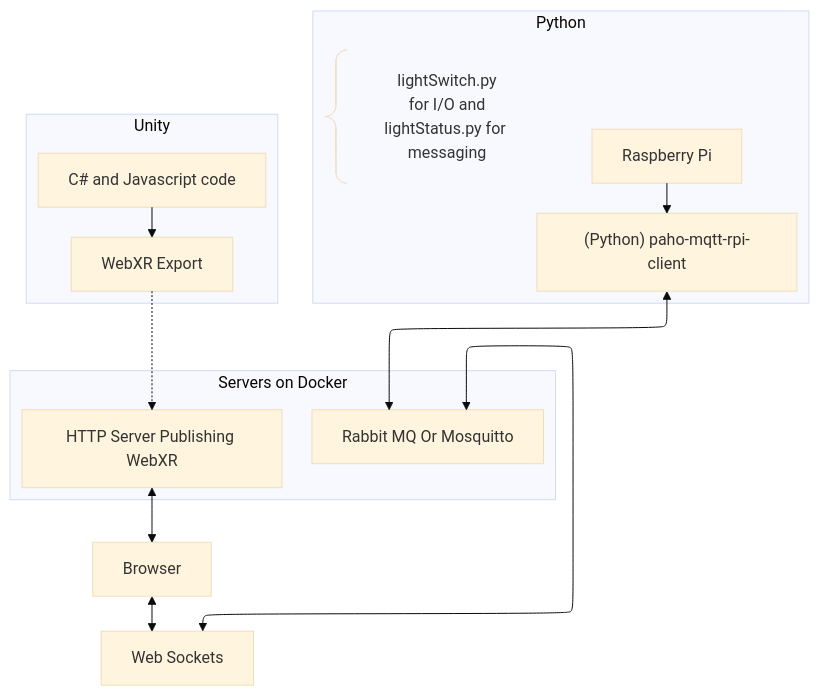
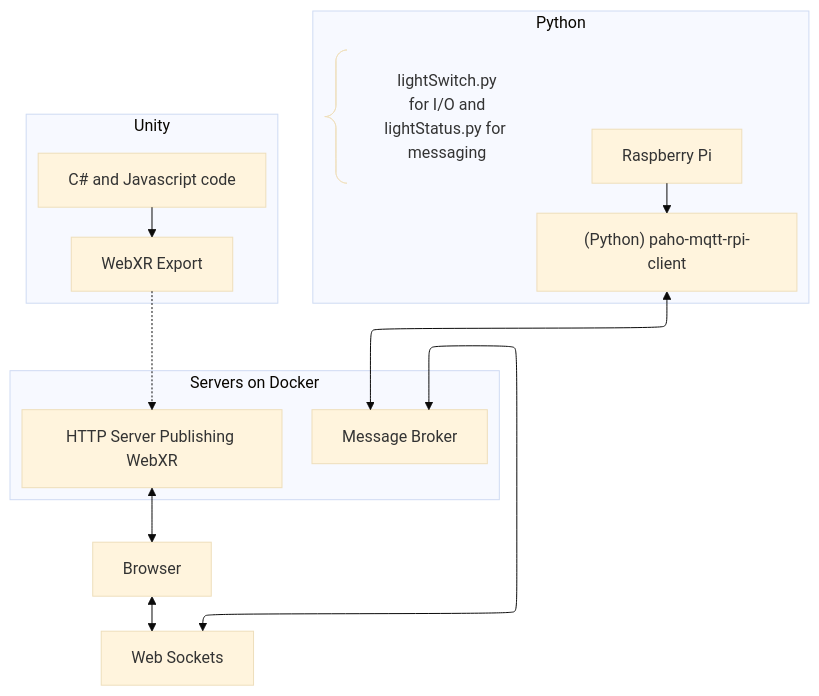
The third of 3 diagrams in about/architecture.md (davidjmcclelland/TrueTwin), drawn with Mermaid (base theme) before and after one commit. The commit also changed other lines of this file, not shown here.

````diff
--- a/about/architecture.md
+++ b/about/architecture.md
@@ -58,31 +58,31 @@
 ```mermaid
 ---
 config:
   fontSize: 24px
   layout: elk
 ---
 flowchart TD
  subgraph Python["Python"]
         P["(Python) paho-mqtt-rpi-client"]
         R["Raspberry Pi"]
         N["lightSwitch.py
 for I/O and
 lightStatus.py for messaging"]
   end
  subgraph subGraph1["Servers on Docker"]
-        S["Rabbit MQ Or Mosquitto"]
+        S["Message Broker"]
         W["HTTP Server Publishing WebXR"]
   end
  subgraph Unity["Unity"]
         XR["WebXR Export"]
         C["C# and Javascript code"]
   end
     R --> P
     P <--> S
     B["Browser"] <--> WS["Web Sockets"]
     WS <--> S
     C --> XR
     XR -.-> W
     W <--> B
     N@{ shape: comment}
 ```
````
